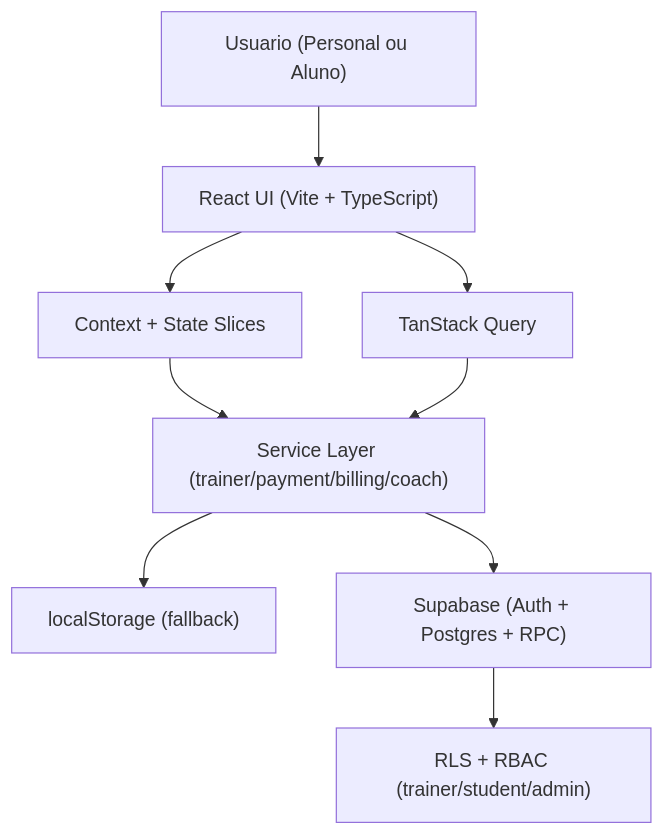
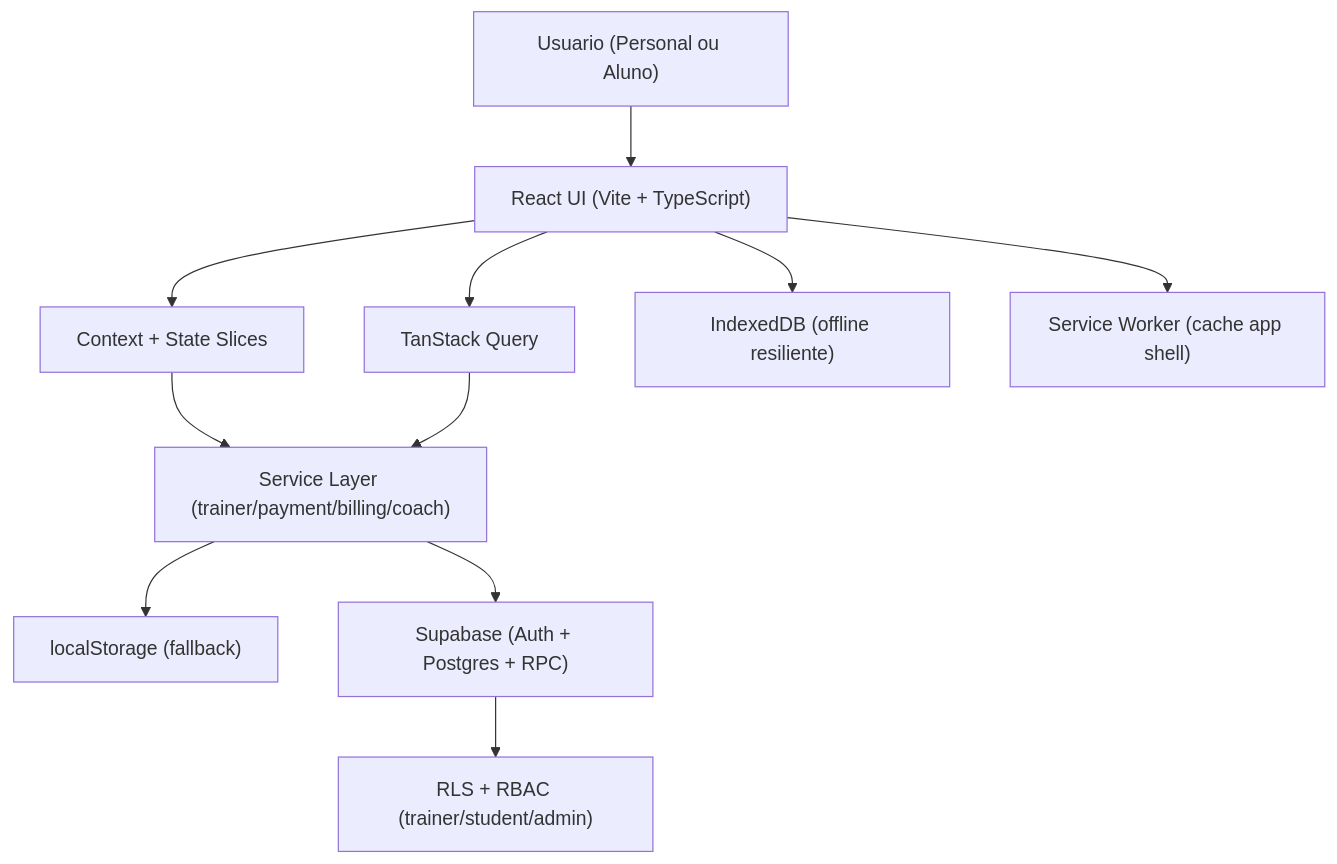
The diagram in docs/architecture.md (insanefit/insanefit), drawn with Mermaid before and after one commit. The commit also changed 12 other files, not shown here.

````diff
--- a/docs/architecture.md
+++ b/docs/architecture.md
@@ -7,11 +7,13 @@
 ```mermaid
 flowchart TD
   U["Usuario (Personal ou Aluno)"] --> UI["React UI (Vite + TypeScript)"]
   UI --> CTX["Context + State Slices"]
   UI --> Q["TanStack Query"]
   CTX --> SV["Service Layer (trainer/payment/billing/coach)"]
   Q --> SV
   SV --> LS["localStorage (fallback)"]
+  UI --> IDB["IndexedDB (offline resiliente)"]
+  UI --> SW["Service Worker (cache app shell)"]
   SV --> SB["Supabase (Auth + Postgres + RPC)"]
   SB --> RLS["RLS + RBAC (trainer/student/admin)"]
 ```
````
